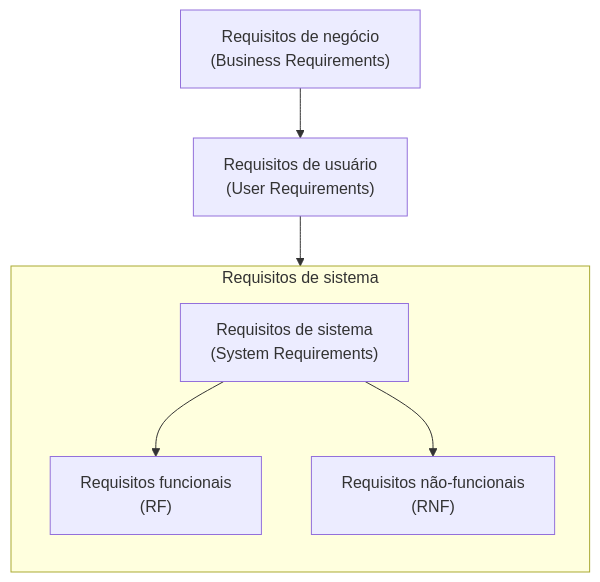
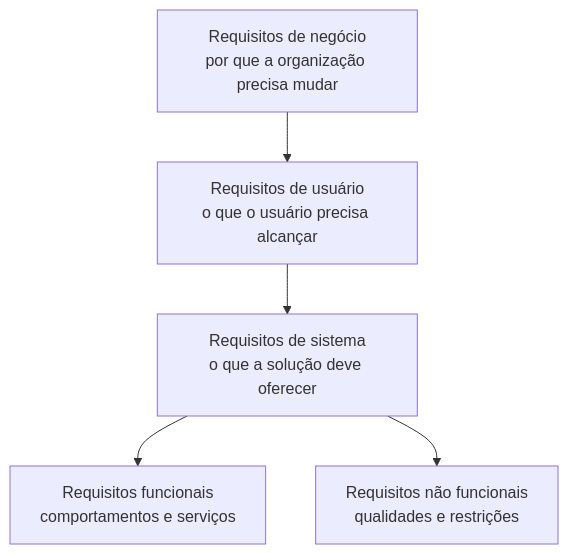
One commit to leorruas/puc changed the diagram in 07. Engenharia de Requisitos/03. O conceito de requisito de software - definição, níveis e características.md. Above: the diagram before and after it, drawn with Mermaid.

Commit message:
Normaliza Mermaid de níveis de requisitos

````diff
--- a/07. Engenharia de Requisitos/03. O conceito de requisito de software - definição, níveis e características.md
+++ b/07. Engenharia de Requisitos/03. O conceito de requisito de software - definição, níveis e características.md
@@ -51,11 +51,13 @@
 ```mermaid
 flowchart TD
-    NodeA["Requisitos de negócio<br>(Business Requirements)"] --> NodeB["Requisitos de usuário<br>(User Requirements)"]
-    NodeB --> NodeC["Requisitos de sistema<br>(System Requirements)"]
-    
-    subgraph SubSistema["Requisitos de sistema"]
-        direction TD
-        NodeC --> NodeRF["Requisitos funcionais<br>(RF)"]
-        NodeC --> NodeRNF["Requisitos não-funcionais<br>(RNF)"]
-    end
+    Negocio["Requisitos de negócio<br>por que a organização precisa mudar"]:::external
+    Usuario["Requisitos de usuário<br>o que o usuário precisa alcançar"]:::component
+    Sistema["Requisitos de sistema<br>o que a solução deve oferecer"]:::core
+    RF["Requisitos funcionais<br>comportamentos e serviços"]:::data
+    RNF["Requisitos não funcionais<br>qualidades e restrições"]:::data
+
+    Negocio --> Usuario
+    Usuario --> Sistema
+    Sistema --> RF
+    Sistema --> RNF
 ```
````
